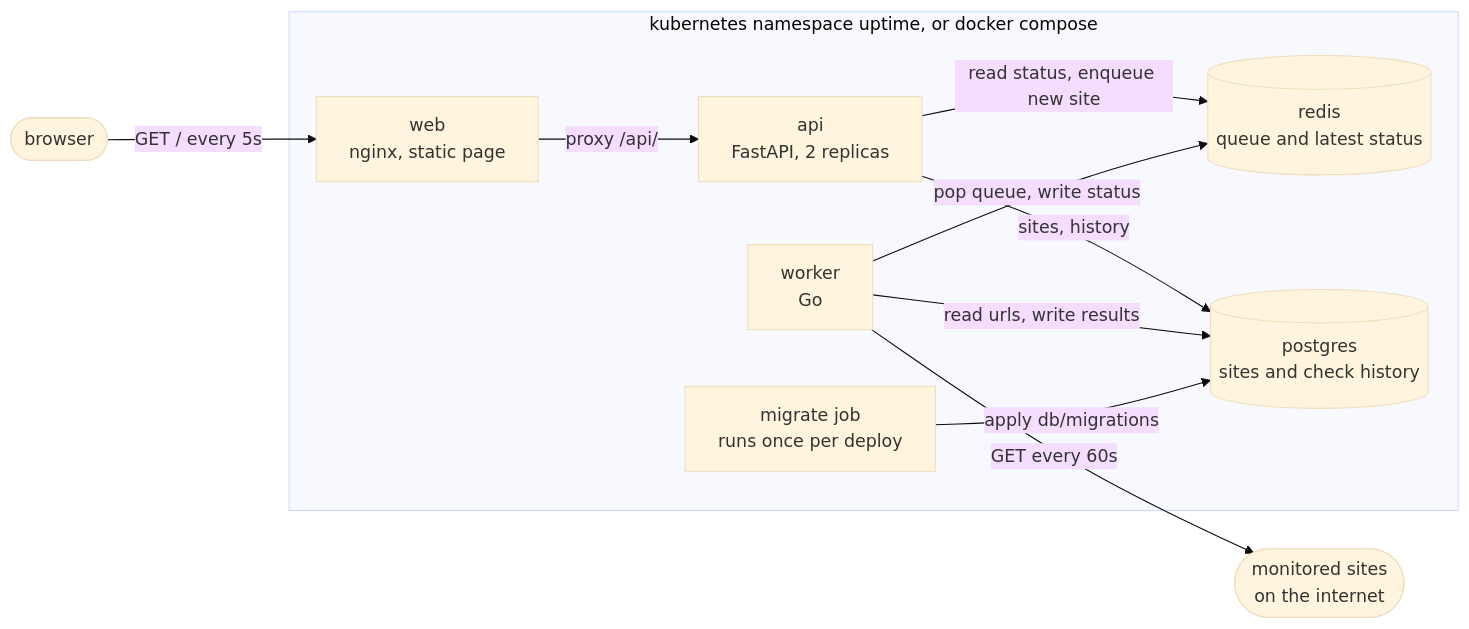
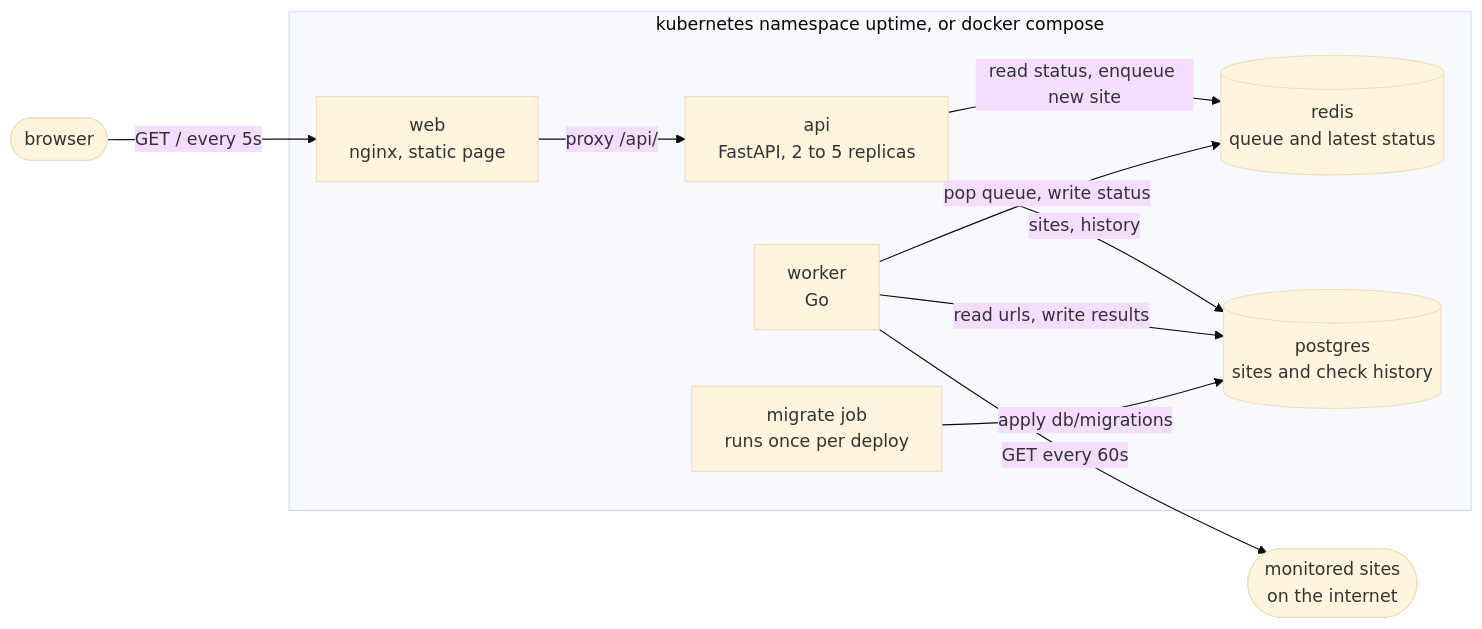
Before and after one commit to khadirullah/uptime-checker: the first of 2 diagrams in README.md, drawn with Mermaid (base theme). The commit also changed other lines of this file and 5 other files, not shown here.

````diff
--- a/README.md
+++ b/README.md
@@ -27,24 +27,24 @@
 ```mermaid
 graph LR
     browser(["browser"])
 
     subgraph runtime ["kubernetes namespace uptime, or docker compose"]
         web["web<br/>nginx, static page"]
-        api["api<br/>FastAPI, 2 replicas"]
+        api["api<br/>FastAPI, 2 to 5 replicas"]
         worker["worker<br/>Go"]
         redis[("redis<br/>queue and latest status")]
         postgres[("postgres<br/>sites and check history")]
         migrate["migrate job<br/>runs once per deploy"]
     end
 
     sites(["monitored sites<br/>on the internet"])
 
     browser -->|"GET / every 5s"| web
     web -->|"proxy /api/"| api
     api -->|"sites, history"| postgres
     api -->|"read status, enqueue new site"| redis
     worker -->|"pop queue, write status"| redis
     worker -->|"read urls, write results"| postgres
     worker -->|"GET every 60s"| sites
     migrate -->|"apply db/migrations"| postgres
 ```
````
